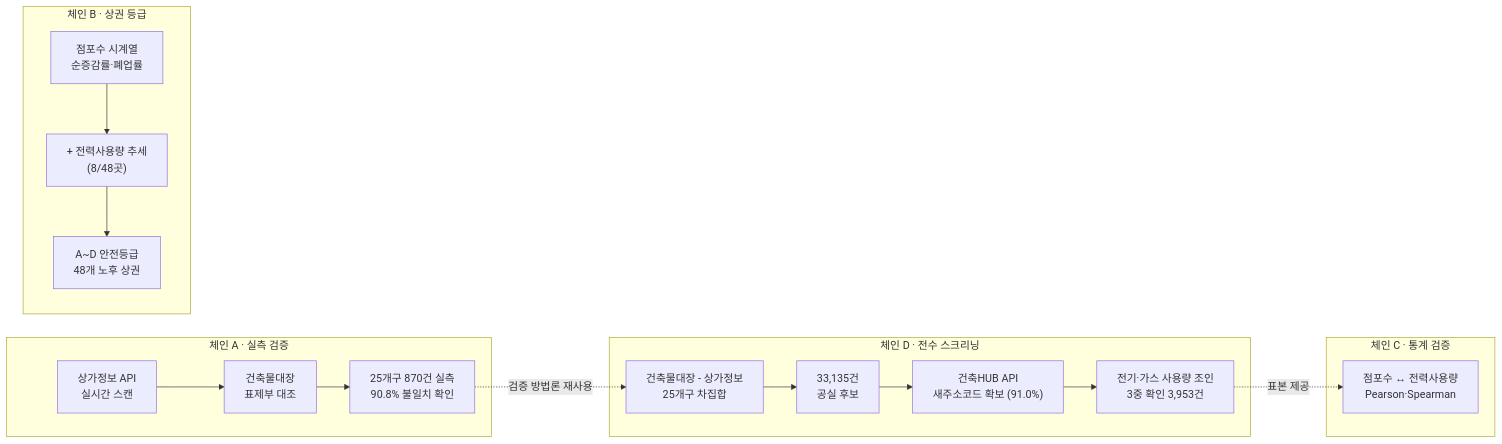
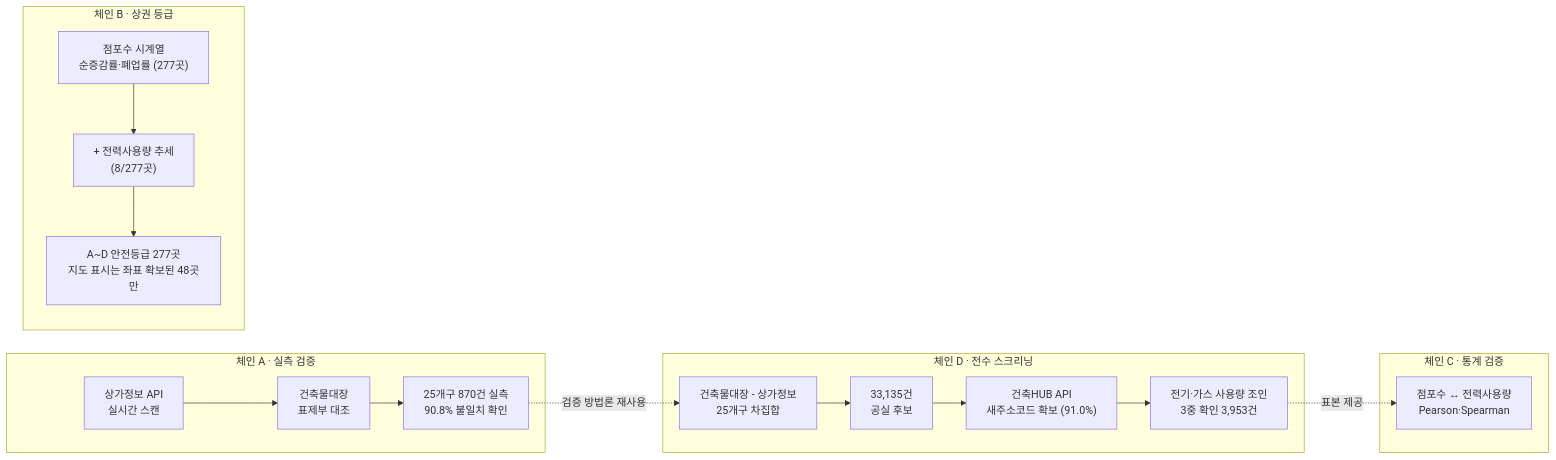
The diagram in README.md (0se0/vacancy-safety-diagnosis), drawn with Mermaid before and after one commit. The commit also changed other lines of this file and 5 other files, not shown here.

````diff
--- a/README.md
+++ b/README.md
@@ -59,21 +60,21 @@
 ```mermaid
 flowchart LR
     subgraph A["체인 A · 실측 검증"]
         A1[상가정보 API<br/>실시간 스캔] --> A2[건축물대장<br/>표제부 대조]
         A2 --> A3["25개구 870건 실측<br/>90.8% 불일치 확인"]
     end
     subgraph D["체인 D · 전수 스크리닝"]
         D1["건축물대장 - 상가정보<br/>25개구 차집합"] --> D2["33,135건<br/>공실 후보"]
         D2 --> D3["건축HUB API<br/>새주소코드 확보 (91.0%)"]
         D3 --> D4["전기·가스 사용량 조인<br/>3중 확인 3,953건"]
     end
     subgraph B["체인 B · 상권 등급"]
-        B1["점포수 시계열<br/>순증감률·폐업률"] --> B2["+ 전력사용량 추세<br/>(8/48곳)"]
-        B2 --> B3["A~D 안전등급<br/>48개 노후 상권"]
+        B1["점포수 시계열<br/>순증감률·폐업률 (277곳)"] --> B2["+ 전력사용량 추세<br/>(8/277곳)"]
+        B2 --> B3["A~D 안전등급 277곳<br/>지도 표시는 좌표 확보된 48곳만"]
     end
     subgraph C["체인 C · 통계 검증"]
         C1["점포수 ↔ 전력사용량<br/>Pearson·Spearman"]
     end
     A3 -.검증 방법론 재사용.-> D1
     D4 -.표본 제공.-> C1
 ```
````
